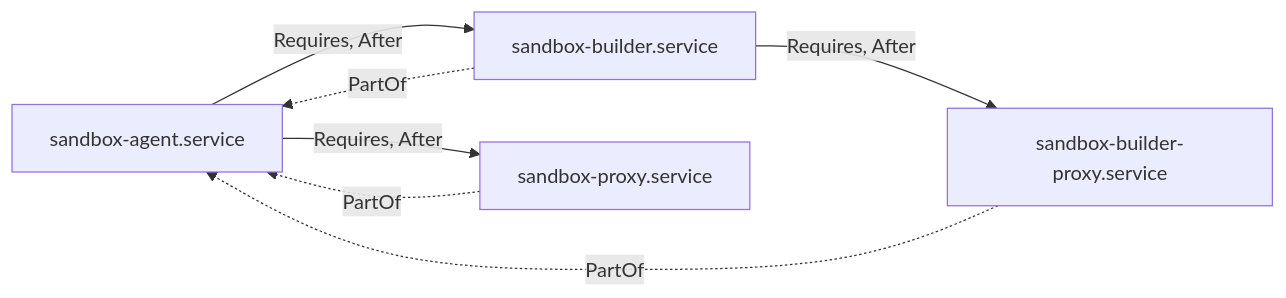
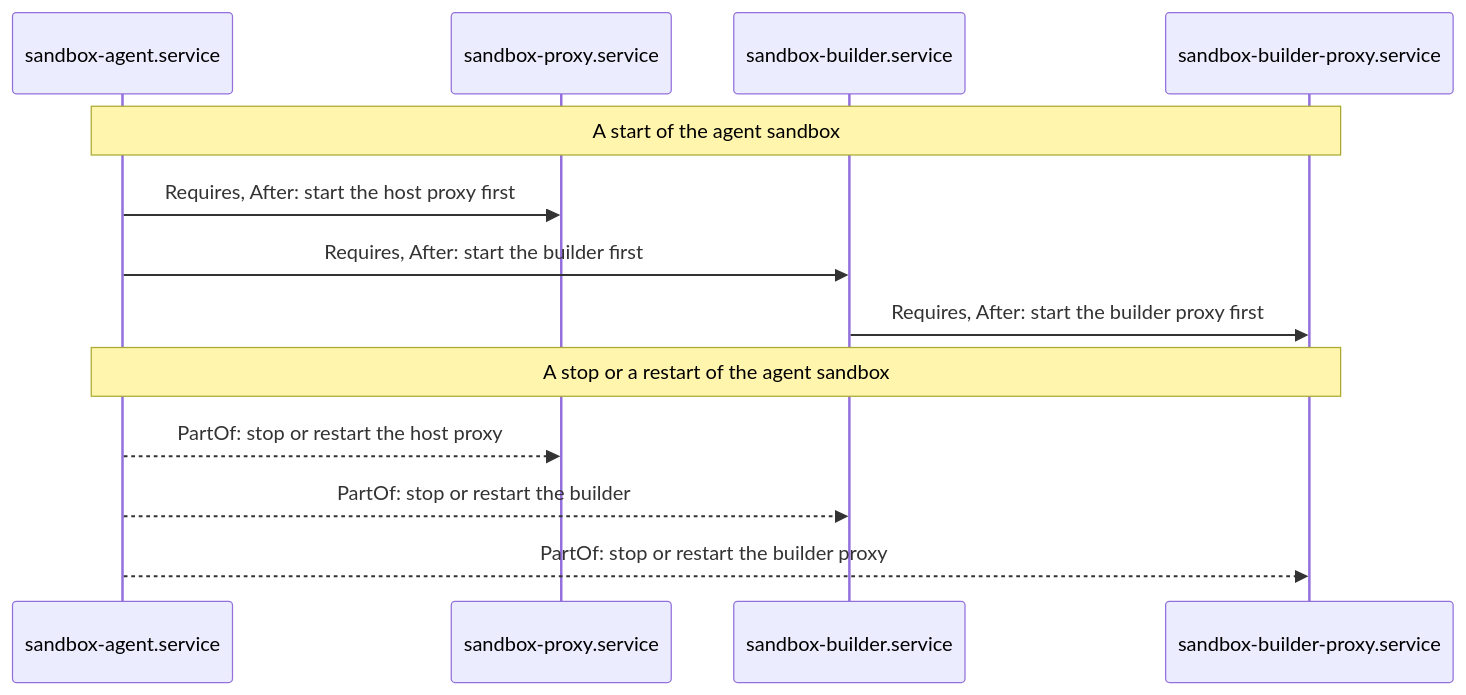
One commit to raghav19/engineersdaybook changed the first of 8 diagrams in .sandbox/docs/internals.md. Above: the diagram before and after it, drawn with Mermaid. The commit also changed other lines of this file, not shown here.

First line of the commit message:
docs: show every flow as a sequence diagram

````diff
--- a/.sandbox/docs/internals.md
+++ b/.sandbox/docs/internals.md
@@ -71,9 +71,15 @@
 ```mermaid
-flowchart LR
-    AG["sandbox-agent.service"] -- "Requires, After" --> BU["sandbox-builder.service"]
-    AG -- "Requires, After" --> HP["sandbox-proxy.service"]
-    BU -- "Requires, After" --> BP["sandbox-builder-proxy.service"]
-    BU -. "PartOf" .-> AG
-    HP -. "PartOf" .-> AG
-    BP -. "PartOf" .-> AG
+sequenceDiagram
+    participant Agent as sandbox-agent.service
+    participant HP as sandbox-proxy.service
+    participant Builder as sandbox-builder.service
+    participant BP as sandbox-builder-proxy.service
+    Note over Agent,BP: A start of the agent sandbox
+    Agent->>HP: Requires, After: start the host proxy first
+    Agent->>Builder: Requires, After: start the builder first
+    Builder->>BP: Requires, After: start the builder proxy first
+    Note over Agent,BP: A stop or a restart of the agent sandbox
+    Agent-->>HP: PartOf: stop or restart the host proxy
+    Agent-->>Builder: PartOf: stop or restart the builder
+    Agent-->>BP: PartOf: stop or restart the builder proxy
 ```
````
